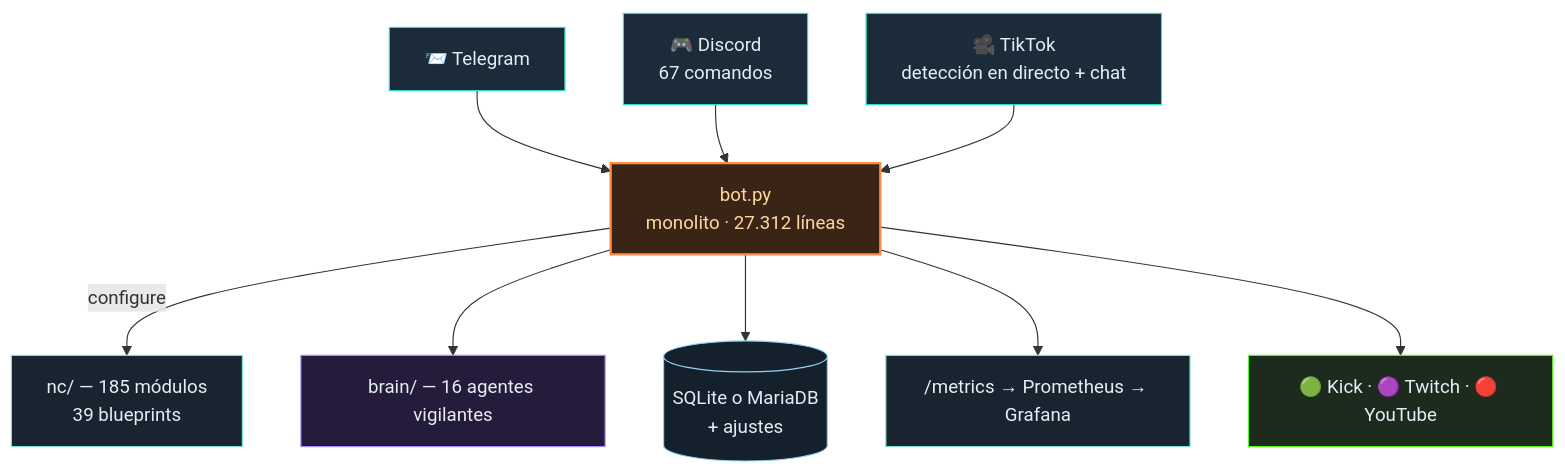
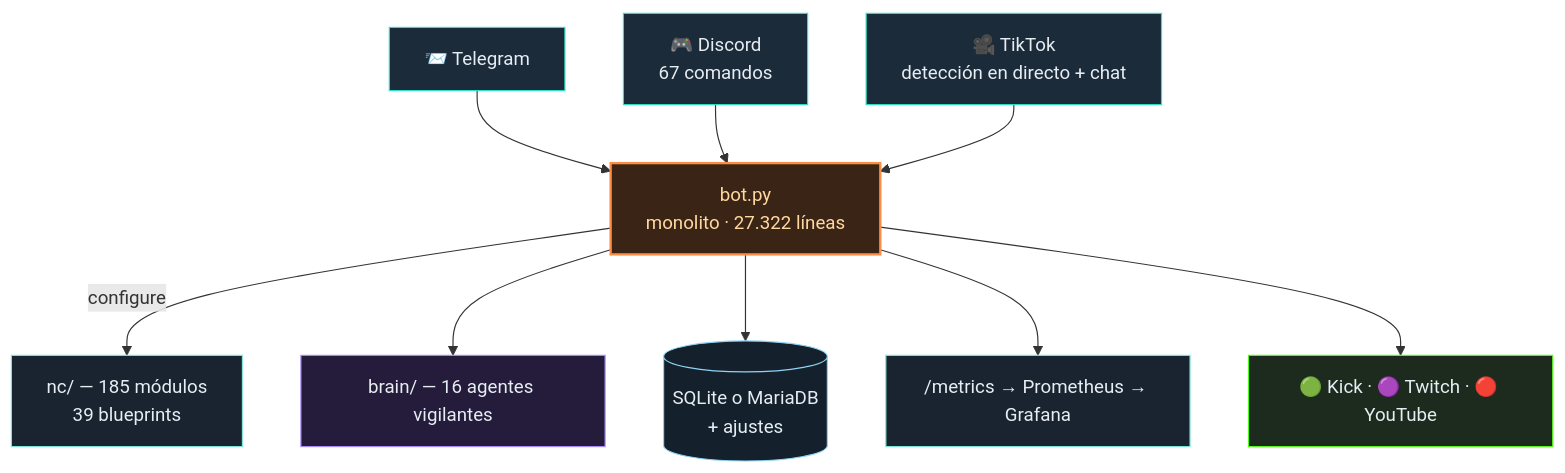
The diagram in README.es.md (itsamemedev/Telegram-Stream-Info-Bot), drawn with Mermaid before and after one commit. The commit also changed other lines of this file and 14 other files, not shown here.

````diff
--- a/README.es.md
+++ b/README.es.md
@@ -64,18 +64,18 @@
 ```mermaid
 flowchart TB
     TG["📨 Telegram"]:::ein --> BOT
     DC["🎮 Discord<br/>67 comandos"]:::ein --> BOT
     TT["🎥 TikTok<br/>detección en directo + chat"]:::ein --> BOT
-    BOT["bot.py<br/>monolito · 27.312 líneas"]:::core
+    BOT["bot.py<br/>monolito · 27.322 líneas"]:::core
     BOT -->|configure| NC["nc/ — 185 módulos<br/>39 blueprints"]:::lib
     BOT --> BRAIN["brain/ — 16 agentes vigilantes"]:::brain
     BOT --> DB[("SQLite o MariaDB<br/>+ ajustes")]:::db
     BOT --> PROM["/metrics → Prometheus → Grafana"]:::lib
     BOT --> OUT["🟢 Kick · 🟣 Twitch · 🔴 YouTube"]:::out
     classDef ein fill:#1c2b3a,stroke:#2de1c2,color:#e6edf3
     classDef core fill:#3a2415,stroke:#ff8c42,stroke-width:2px,color:#ffd9a0
     classDef lib fill:#1a2430,stroke:#7fe7d4,color:#e6edf3
     classDef brain fill:#241c3a,stroke:#a78bfa,color:#e6edf3
     classDef db fill:#14202c,stroke:#8fd3f4,color:#e6edf3
     classDef out fill:#1c2b1e,stroke:#53fc18,color:#e6edf3
 ```
````
